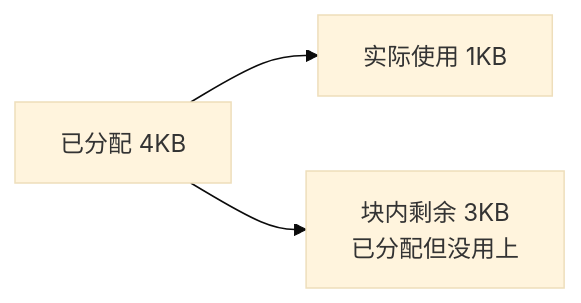
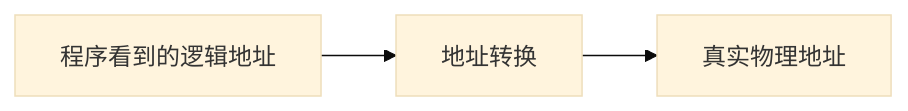
One commit to 74262195/system-architect-notes changed the first of 13 diagrams in 01_综合知识/01_计算机基础知识/02_操作系统/存储管理.md. Above: the diagram before and after it, drawn with Mermaid (base theme). The commit also changed other lines of this file and 1 other file, not shown here.

First line of the commit message:
系统补齐存储管理关键关系图并优化可读性 (#35)

````diff
--- a/01_综合知识/01_计算机基础知识/02_操作系统/存储管理.md
+++ b/01_综合知识/01_计算机基础知识/02_操作系统/存储管理.md
@@ -86,5 +36,5 @@
 ```mermaid
 flowchart LR
-  A[已分配 4KB] --> B[实际使用 1KB]
-  A --> C[块内剩余 3KB\n已分配但没用上]
+  A[程序看到的逻辑地址] --> B[地址转换]
+  B --> C[真实物理地址]
 ```
````
